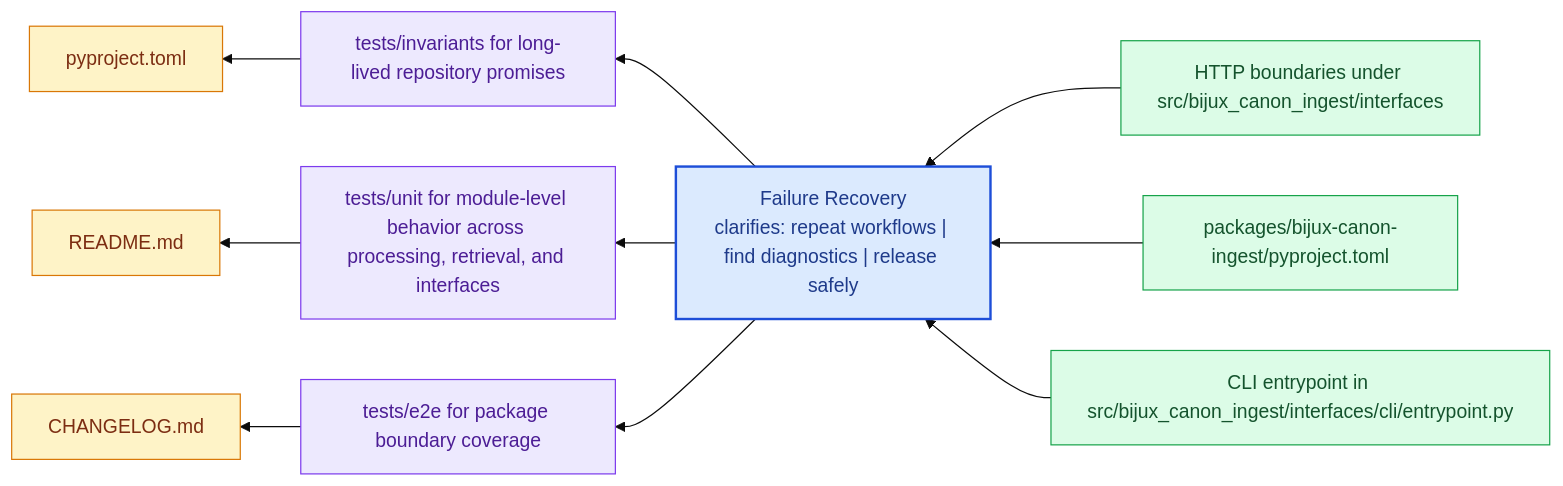
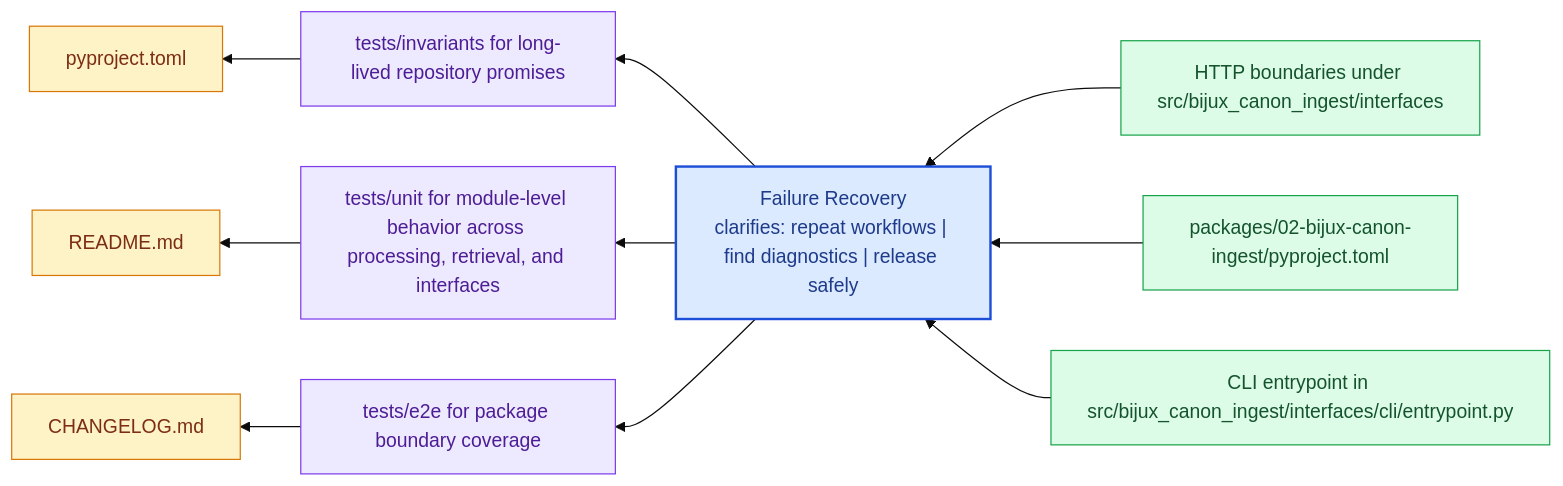
One commit to bijux/bijux-canon changed the diagram in docs/02-bijux-canon-ingest/operations/failure-recovery.md. Above: the diagram before and after it, drawn with Mermaid (base theme). The commit also changed other lines of this file and 167 other files, not shown here.

````diff
--- a/docs/02-bijux-canon-ingest/operations/failure-recovery.md
+++ b/docs/02-bijux-canon-ingest/operations/failure-recovery.md
@@ -22,31 +22,31 @@
 ```mermaid
 flowchart RL
     page["Failure Recovery<br/>clarifies: repeat workflows | find diagnostics | release safely"]
     classDef page fill:#dbeafe,stroke:#1d4ed8,color:#1e3a8a,stroke-width:2px;
     classDef positive fill:#dcfce7,stroke:#16a34a,color:#14532d;
     classDef caution fill:#fee2e2,stroke:#dc2626,color:#7f1d1d;
     classDef anchor fill:#ede9fe,stroke:#7c3aed,color:#4c1d95;
     classDef action fill:#fef3c7,stroke:#d97706,color:#7c2d12;
     step1["HTTP boundaries under src/bijux_canon_ingest/interfaces"]
     step1 --> page
-    step2["packages/bijux-canon-ingest/pyproject.toml"]
+    step2["packages/02-bijux-canon-ingest/pyproject.toml"]
     step2 --> page
     step3["CLI entrypoint in src/bijux_canon_ingest/interfaces/cli/entrypoint.py"]
     step3 --> page
     run1["tests/invariants for long-lived repository promises"]
     page --> run1
     run2["tests/unit for module-level behavior across processing, retrieval, and interfaces"]
     page --> run2
     run3["tests/e2e for package boundary coverage"]
     page --> run3
     release1["pyproject.toml"]
     run1 --> release1
     release2["README.md"]
     run2 --> release2
     release3["CHANGELOG.md"]
     run3 --> release3
     class page page;
     class step1,step2,step3 positive;
     class run1,run2,run3 anchor;
     class release1,release2,release3 action;
 ```
````
